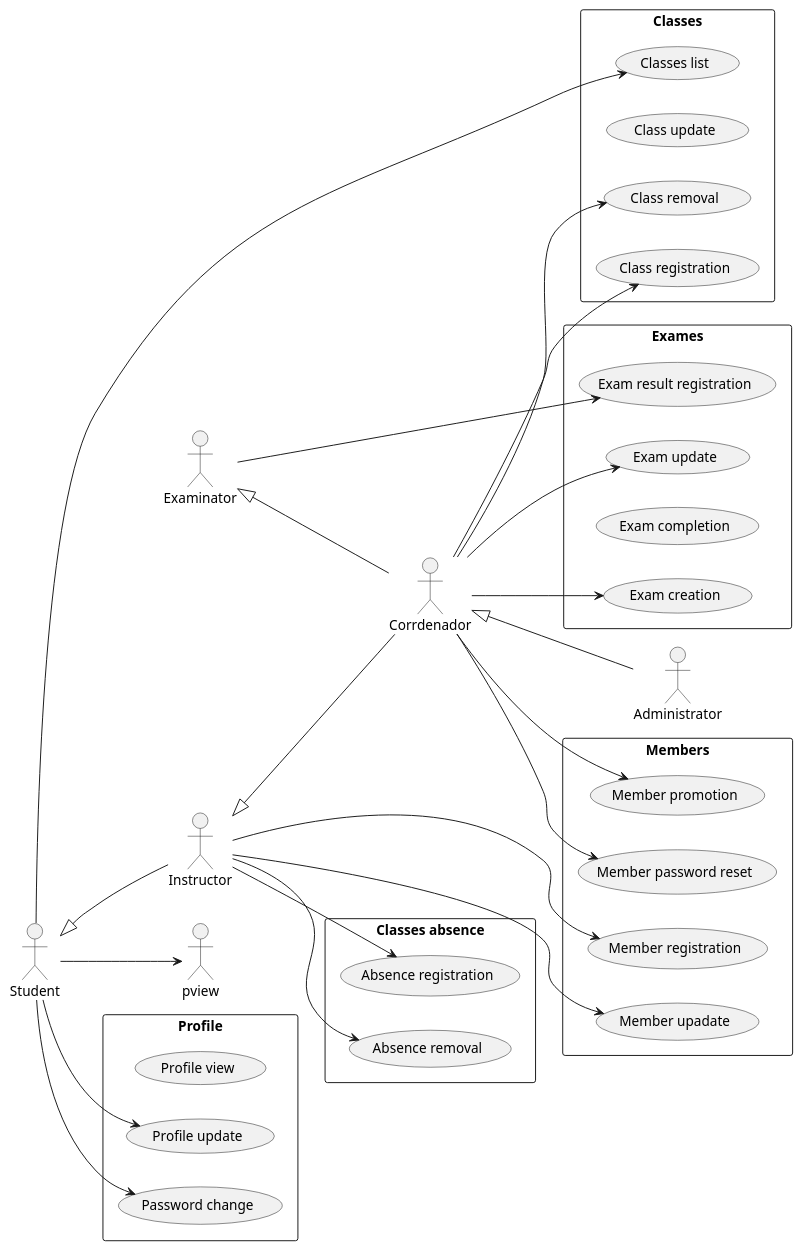
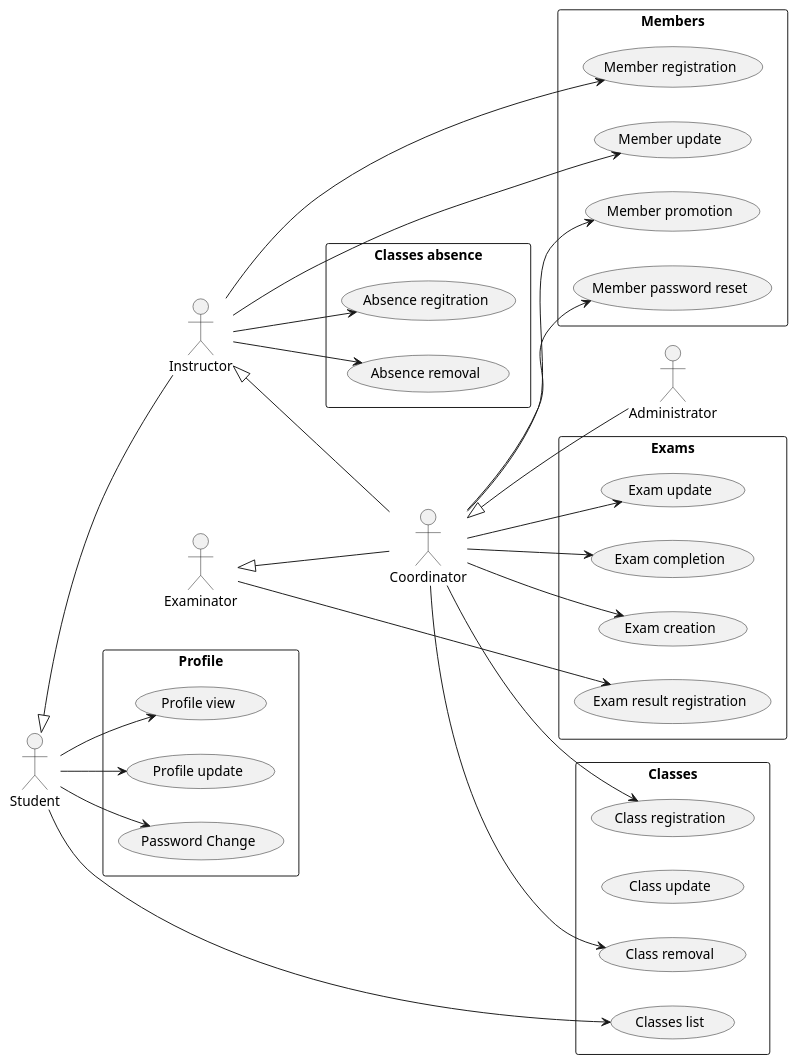
Before and after one commit to MatheusSouzaPereira/mizudo-app: the diagram in usecases.puml, drawn with PlantUML.

Commit message:
atualização

```diff
--- a/usecases.puml
+++ b/usecases.puml
@@ -1,63 +1,69 @@
 @startuml
 left to right direction
 actor Administrator as admin
-actor Corrdenador as cood
+actor Coordinator as cood
 actor Instructor as inst
 actor Examinator as ex
 actor Student as st
 
 st <|-- inst
 inst <|-- cood
 ex <|-- cood
 cood <|-- admin
 
-rectangle "Profile"{
-    usecase "Profile view" as pView 
+
+rectangle "Profile" {
+    usecase "Profile view" as pView
     usecase "Profile update" as pUpdate
-    usecase "Password change" as pChange
+    usecase "Password Change" as pChange
 }
 
-
-rectangle "Members"{
+rectangle "Members" {
     usecase "Member registration" as mr
-    usecase "Member upadate" as mu
+    usecase "Member update" as mu
     usecase "Member promotion" as mPromo
     usecase "Member password reset" as mPReset
 }
-rectangle "Classes absence"{
-    usecase "Absence registration" as ar
-   usecase "Absence removal" as aRemoval
+
+rectangle "Classes absence" {
+    usecase "Absence regitration" as aReg
+    usecase "Absence removal" as aRemoval
 }
-rectangle "Classes"{
+
+rectangle "Classes" {
     usecase "Class registration" as cReg
     usecase "Class update" as cUpdate
     usecase "Class removal" as cRemoval
     usecase "Classes list" as cList
 }
-rectangle "Exames" {
+
+rectangle "Exams" {
     usecase "Exam creation" as exCreation
     usecase "Exam update" as exUpdate
     usecase "Exam completion" as exCompletion
-    usecase "Exam result registration" as exResult
+    usecase "Exam result registration" as exResults
 }
 
 st --> cList
-st --> pview 
+st --> pView
 st --> pUpdate
 st --> pChange
 
-inst --> mr 
-inst --> mu 
-inst --> ar
+inst --> mr
+inst --> mu
+inst --> aReg
 inst --> aRemoval
 
-ex --> exResult
+ex --> exResults
 
 cood --> mPReset
 cood --> mPromo
 cood --> cReg
 cood --> cRemoval
 cood --> exCreation
 cood --> exUpdate
+cood --> exCompletion
+
+
 
 @enduml
```
